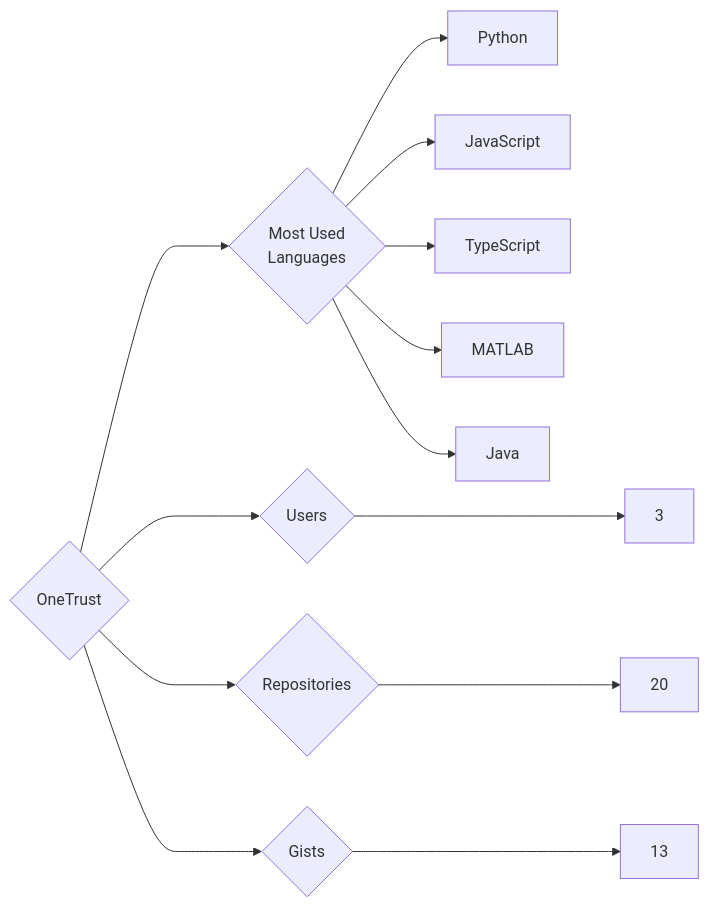
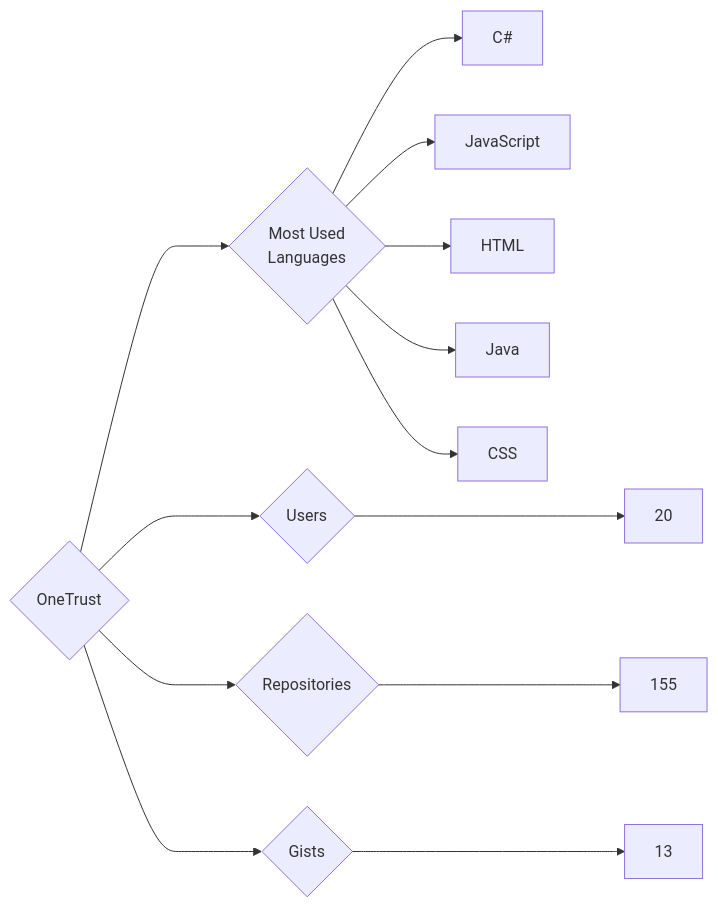
One commit to trickest/insiders changed the diagram in targets/OneTrust/README.md. Above: the diagram before and after it, drawn with Mermaid. The commit also changed 725 other files, not shown here.

````diff
--- a/targets/OneTrust/README.md
+++ b/targets/OneTrust/README.md
@@ -3,13 +3,13 @@
 ```mermaid
 graph LR
 COMPANY_NAME{OneTrust}
-COMPANY_NAME ---> U{Users} ---> UN[3]
-COMPANY_NAME ---> R{Repositories} ---> RN[20]
+COMPANY_NAME ---> U{Users} ---> UN[20]
+COMPANY_NAME ---> R{Repositories} ---> RN[155]
 COMPANY_NAME ---> G{Gists} ---> GN[13]
 COMPANY_NAME ---> ML{Most Used<br>Languages}
-ML --> Python[Python]
+ML --> C#[C#]
 ML --> JavaScript[JavaScript]
-ML --> TypeScript[TypeScript]
-ML --> MATLAB[MATLAB]
+ML --> HTML[HTML]
 ML --> Java[Java]
+ML --> CSS[CSS]
 ```
````
